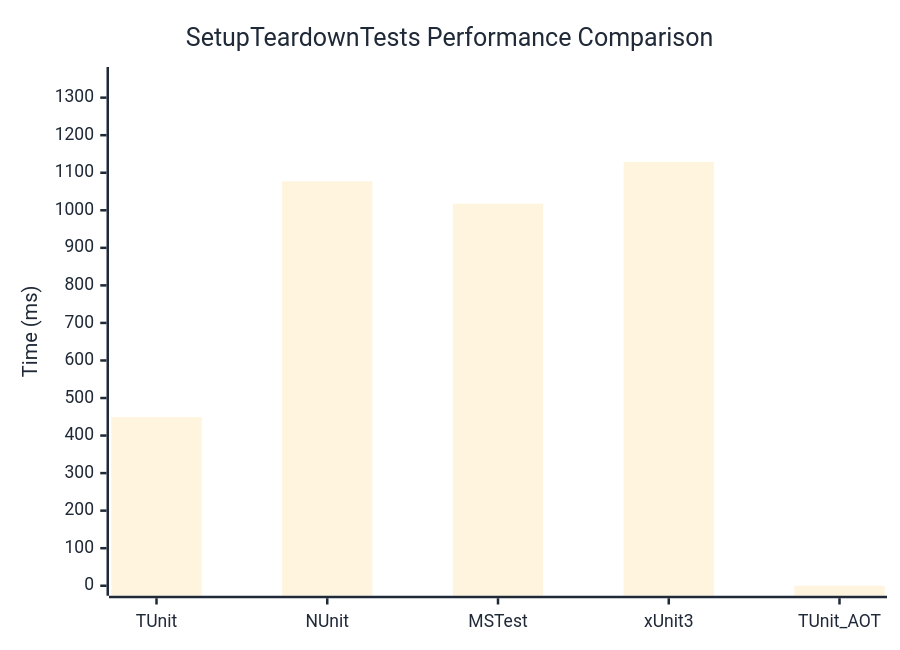
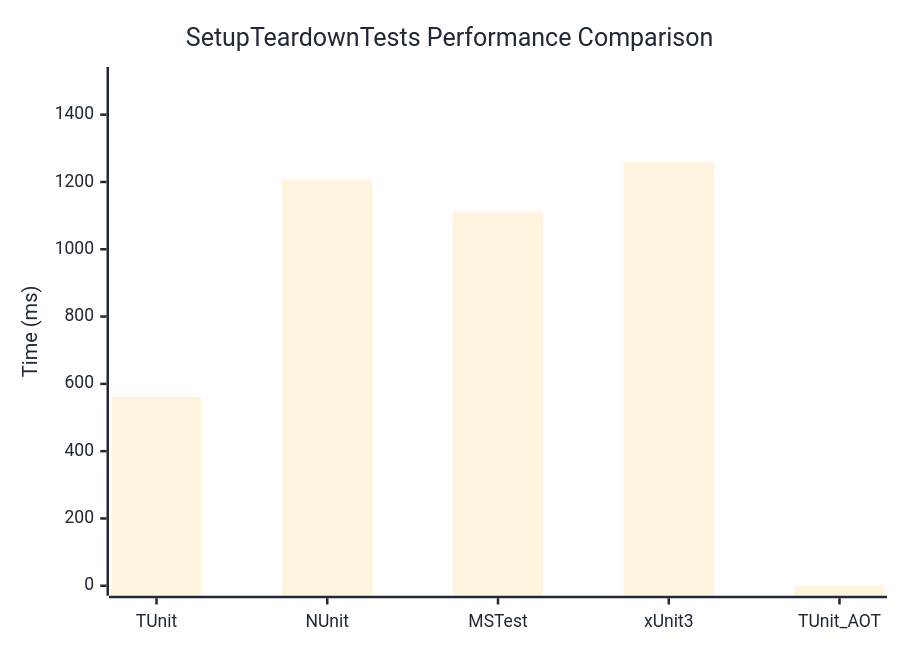
One commit to thomhurst/TUnit changed the diagram in docs/docs/benchmarks/SetupTeardownTests.md. Above: the diagram before and after it, drawn with Mermaid. The commit also changed other lines of this file and 17 other files, not shown here.

````diff
--- a/docs/docs/benchmarks/SetupTeardownTests.md
+++ b/docs/docs/benchmarks/SetupTeardownTests.md
@@ -27,37 +27,37 @@
 ```mermaid
 %%{init: {
   'theme':'base',
   'themeVariables': {
     'primaryColor': '#2563eb',
     'primaryTextColor': '#1f2937',
     'primaryBorderColor': '#1e40af',
     'lineColor': '#6b7280',
     'secondaryColor': '#7c3aed',
     'tertiaryColor': '#dc2626',
     'background': '#ffffff',
     'mainBkg': '#2563eb',
     'secondBkg': '#7c3aed',
     'tertiaryBkg': '#dc2626',
     'clusterBkg': '#f3f4f6',
     'edgeLabelBackground': '#ffffff',
     'tertiaryTextColor': '#1f2937',
     'pie1': '#2563eb',
     'pie2': '#7c3aed',
     'pie3': '#dc2626',
     'pie4': '#f59e0b',
     'pie5': '#10b981',
     'pie6': '#06b6d4',
     'pie7': '#ec4899',
     'pie8': '#6366f1',
     'pie9': '#84cc16',
     'pie10': '#f97316',
     'pie11': '#14b8a6',
     'pie12': '#a855f7'
   }
 }}%%
 xychart-beta
   title "SetupTeardownTests Performance Comparison"
   x-axis ["TUnit", "NUnit", "MSTest", "xUnit3", "TUnit_AOT"]
-  y-axis "Time (ms)" 0 --> 1355
-  bar [449.3, 1077.3, 1017.6, 1128.8, 0]
+  y-axis "Time (ms)" 0 --> 1512
+  bar [561.6, 1207.4, 1111.9, 1259.9, 0]
 ```
````
